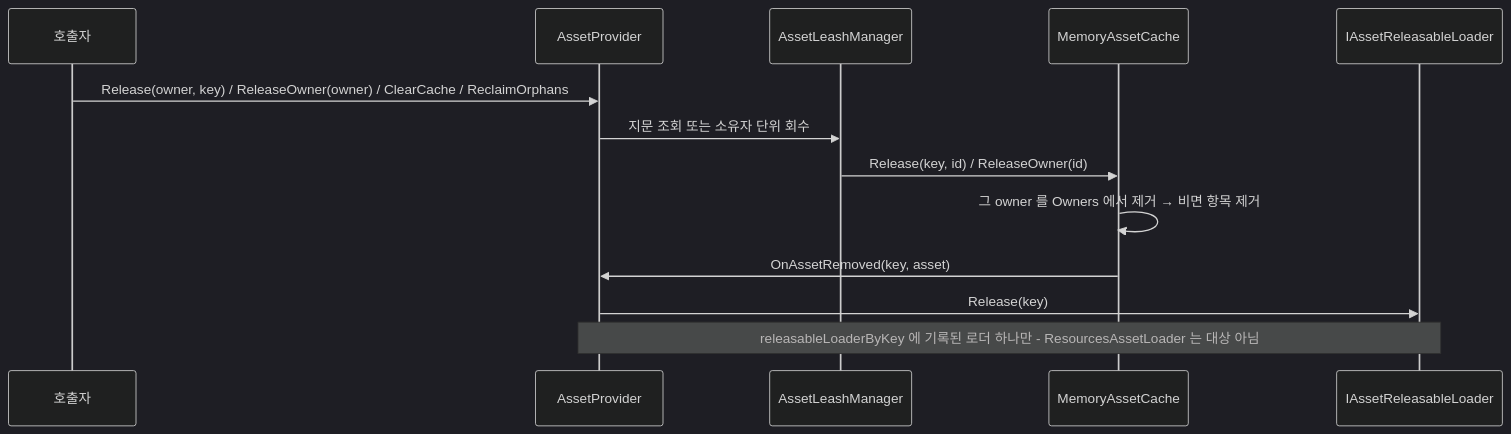
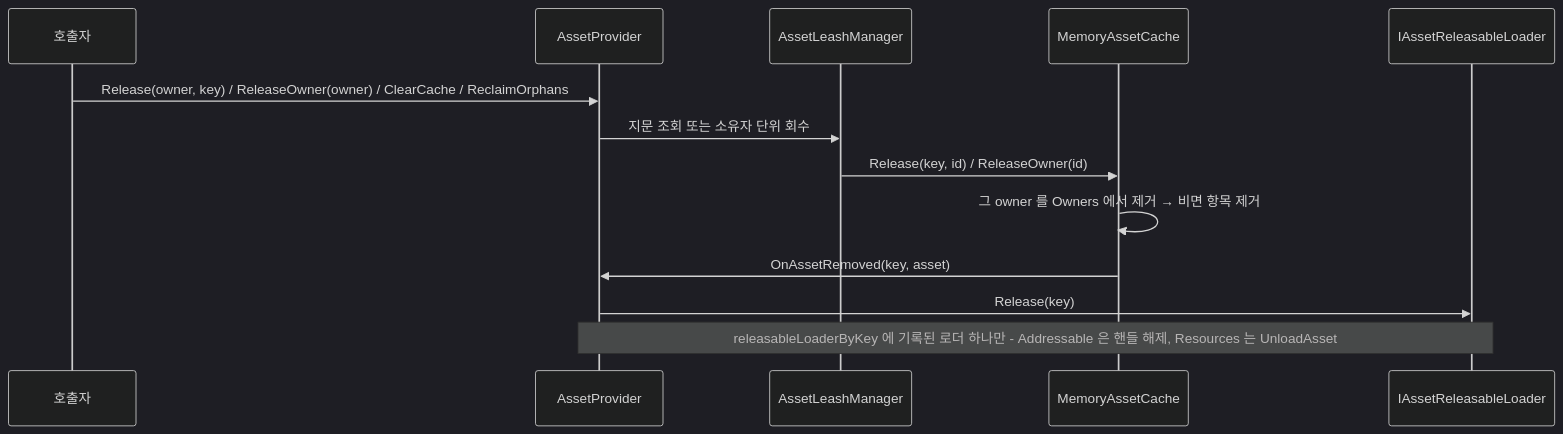
Before and after one commit to HoHong123/HCUP-Unity: the third of 3 diagrams in HResource/docs/Provider.md, drawn with Mermaid (dark theme).

Commit message:
[Docs] 📝 21.09.26 Note the Resources unload in the provider release chain

````diff
--- a/HResource/docs/Provider.md
+++ b/HResource/docs/Provider.md
@@ -125,16 +125,16 @@
 ```mermaid
 sequenceDiagram
     participant C as 호출자
     participant P as AssetProvider
     participant N as AssetLeashManager
     participant M as MemoryAssetCache
     participant L as IAssetReleasableLoader
 
     C->>P: Release(owner, key) / ReleaseOwner(owner) / ClearCache / ReclaimOrphans
     P->>N: 지문 조회 또는 소유자 단위 회수
     N->>M: Release(key, id) / ReleaseOwner(id)
     M->>M: 그 owner 를 Owners 에서 제거 → 비면 항목 제거
     M->>P: OnAssetRemoved(key, asset)
     P->>L: Release(key)
-    Note over P,L: releasableLoaderByKey 에 기록된 로더 하나만 - ResourcesAssetLoader 는 대상 아님
+    Note over P,L: releasableLoaderByKey 에 기록된 로더 하나만 - Addressable 은 핸들 해제, Resources 는 UnloadAsset
 ```
````
